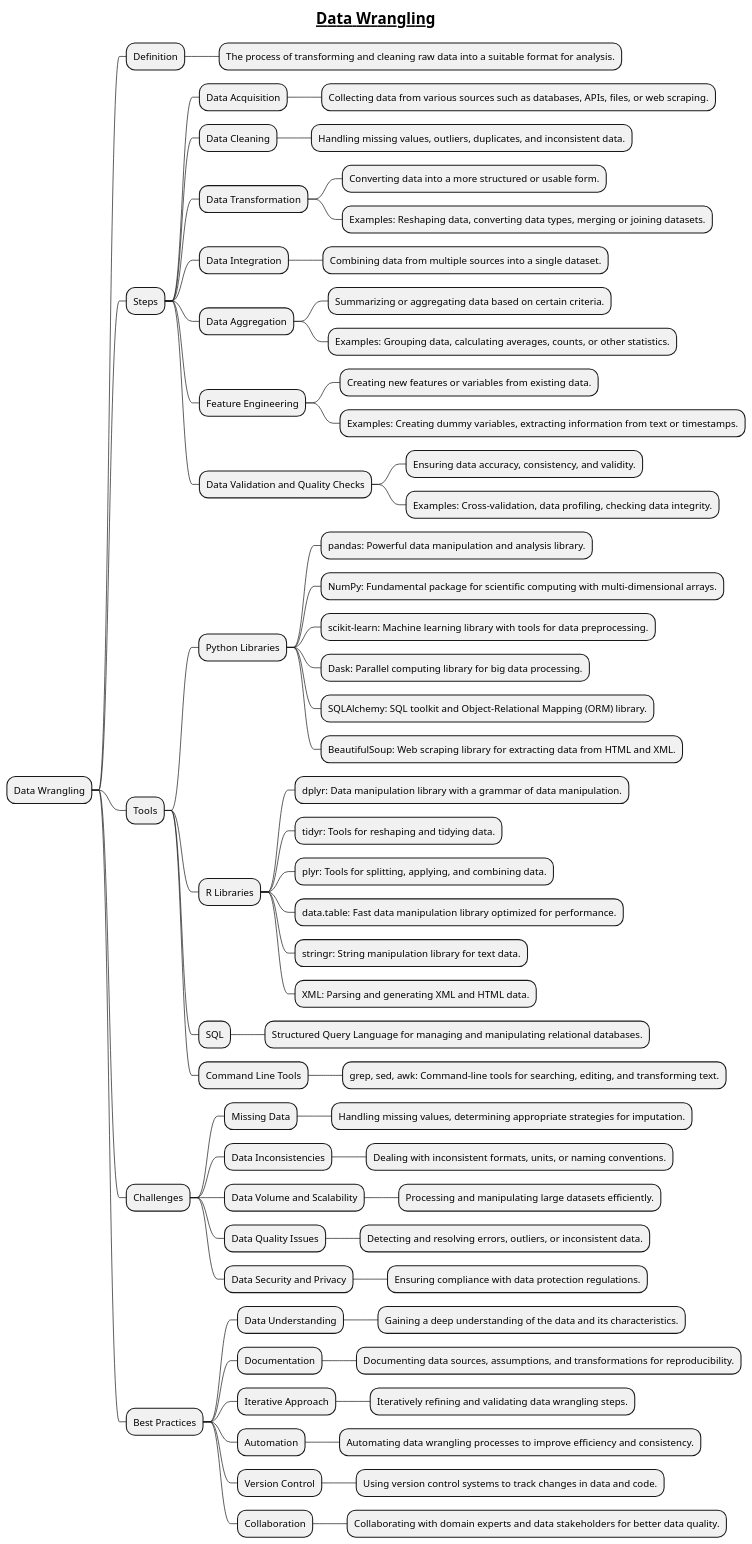
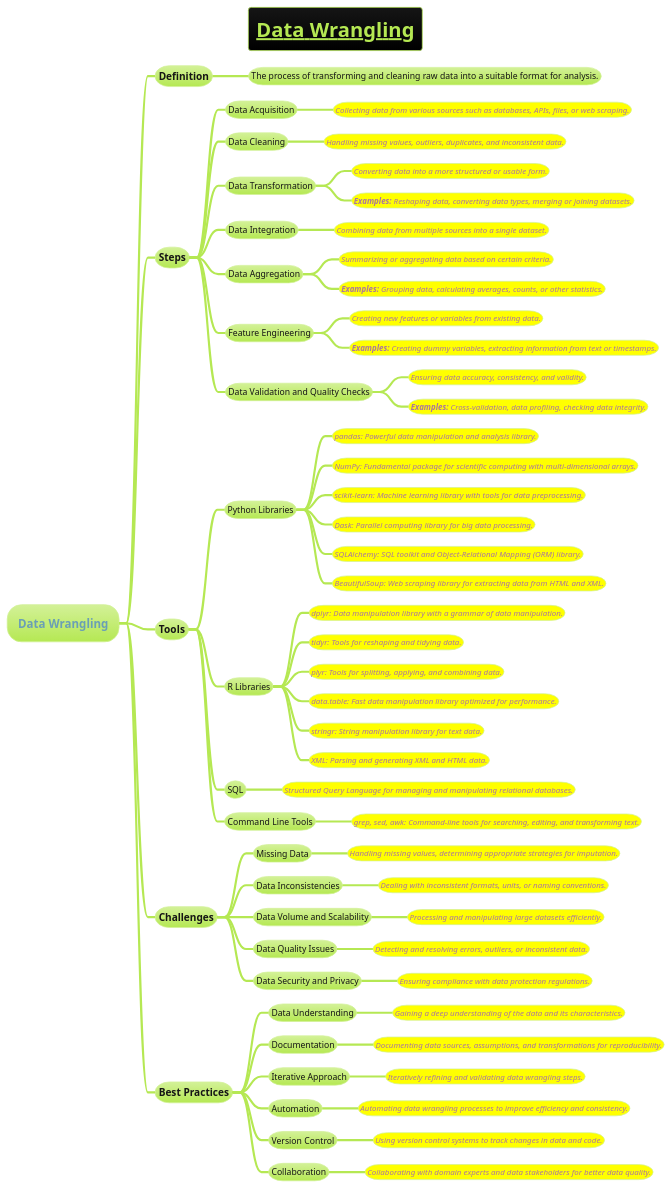
One commit to MehmoodHashmi/Documentation-as-Code-DaC changed the diagram in docs/AI-ML- DL-Data-Science-and-BigData/data-science/Data-Wrangling.puml. Above: the diagram before and after it, drawn with PlantUML. The commit also changed 10 other files, not shown here.

```diff
--- a/docs/AI-ML- DL-Data-Science-and-BigData/data-science/Data-Wrangling.puml
+++ b/docs/AI-ML- DL-Data-Science-and-BigData/data-science/Data-Wrangling.puml
@@ -1,97 +1,98 @@
 @startmindmap
 title =__Data Wrangling__
+!theme hacker
 
 * Data Wrangling
 
 ** Definition
 *** The process of transforming and cleaning raw data into a suitable format for analysis.
 
 ** Steps
 
 *** Data Acquisition
-**** Collecting data from various sources such as databases, APIs, files, or web scraping.
+****[#yellow] ====Collecting data from various sources such as databases, APIs, files, or web scraping.
 
 *** Data Cleaning
-**** Handling missing values, outliers, duplicates, and inconsistent data.
+****[#yellow] ====Handling missing values, outliers, duplicates, and inconsistent data.
 
 *** Data Transformation
-**** Converting data into a more structured or usable form.
-**** Examples: Reshaping data, converting data types, merging or joining datasets.
+****[#yellow] ====Converting data into a more structured or usable form.
+****[#yellow] ====**Examples:** Reshaping data, converting data types, merging or joining datasets.
 
 *** Data Integration
-**** Combining data from multiple sources into a single dataset.
+****[#yellow] ====Combining data from multiple sources into a single dataset.
 
 *** Data Aggregation
-**** Summarizing or aggregating data based on certain criteria.
-**** Examples: Grouping data, calculating averages, counts, or other statistics.
+****[#yellow] ====Summarizing or aggregating data based on certain criteria.
+****[#yellow] ====**Examples:** Grouping data, calculating averages, counts, or other statistics.
 
 *** Feature Engineering
-**** Creating new features or variables from existing data.
-**** Examples: Creating dummy variables, extracting information from text or timestamps.
+****[#yellow] ====Creating new features or variables from existing data.
+****[#yellow] ====**Examples:** Creating dummy variables, extracting information from text or timestamps.
 
 *** Data Validation and Quality Checks
-**** Ensuring data accuracy, consistency, and validity.
-**** Examples: Cross-validation, data profiling, checking data integrity.
+****[#yellow] ====Ensuring data accuracy, consistency, and validity.
+****[#yellow] ====**Examples:** Cross-validation, data profiling, checking data integrity.
 
 ** Tools
 
 *** Python Libraries
-**** pandas: Powerful data manipulation and analysis library.
-**** NumPy: Fundamental package for scientific computing with multi-dimensional arrays.
-**** scikit-learn: Machine learning library with tools for data preprocessing.
-**** Dask: Parallel computing library for big data processing.
-**** SQLAlchemy: SQL toolkit and Object-Relational Mapping (ORM) library.
-**** BeautifulSoup: Web scraping library for extracting data from HTML and XML.
+****[#yellow] ====pandas: Powerful data manipulation and analysis library.
+****[#yellow] ====NumPy: Fundamental package for scientific computing with multi-dimensional arrays.
+****[#yellow] ====scikit-learn: Machine learning library with tools for data preprocessing.
+****[#yellow] ====Dask: Parallel computing library for big data processing.
+****[#yellow] ====SQLAlchemy: SQL toolkit and Object-Relational Mapping (ORM) library.
+****[#yellow] ====BeautifulSoup: Web scraping library for extracting data from HTML and XML.
 
 *** R Libraries
-**** dplyr: Data manipulation library with a grammar of data manipulation.
-**** tidyr: Tools for reshaping and tidying data.
-**** plyr: Tools for splitting, applying, and combining data.
-**** data.table: Fast data manipulation library optimized for performance.
-**** stringr: String manipulation library for text data.
-**** XML: Parsing and generating XML and HTML data.
+****[#yellow] ====dplyr: Data manipulation library with a grammar of data manipulation.
+****[#yellow] ====tidyr: Tools for reshaping and tidying data.
+****[#yellow] ====plyr: Tools for splitting, applying, and combining data.
+****[#yellow] ====data.table: Fast data manipulation library optimized for performance.
+****[#yellow] ====stringr: String manipulation library for text data.
+****[#yellow] ====XML: Parsing and generating XML and HTML data.
 
 *** SQL
-**** Structured Query Language for managing and manipulating relational databases.
+****[#yellow] ====Structured Query Language for managing and manipulating relational databases.
 
 *** Command Line Tools
-**** grep, sed, awk: Command-line tools for searching, editing, and transforming text.
+****[#yellow] ====grep, sed, awk: Command-line tools for searching, editing, and transforming text.
 
 ** Challenges
 
 *** Missing Data
-**** Handling missing values, determining appropriate strategies for imputation.
+****[#yellow] ====Handling missing values, determining appropriate strategies for imputation.
 
 *** Data Inconsistencies
-**** Dealing with inconsistent formats, units, or naming conventions.
+****[#yellow] ====Dealing with inconsistent formats, units, or naming conventions.
 
 *** Data Volume and Scalability
-**** Processing and manipulating large datasets efficiently.
+****[#yellow] ====Processing and manipulating large datasets efficiently.
 
 *** Data Quality Issues
-**** Detecting and resolving errors, outliers, or inconsistent data.
+****[#yellow] ====Detecting and resolving errors, outliers, or inconsistent data.
 
 *** Data Security and Privacy
-**** Ensuring compliance with data protection regulations.
+****[#yellow] ====Ensuring compliance with data protection regulations.
 
 ** Best Practices
 
 *** Data Understanding
-**** Gaining a deep understanding of the data and its characteristics.
+****[#yellow] ====Gaining a deep understanding of the data and its characteristics.
 
 *** Documentation
-**** Documenting data sources, assumptions, and transformations for reproducibility.
+****[#yellow] ====Documenting data sources, assumptions, and transformations for reproducibility.
 
 *** Iterative Approach
-**** Iteratively refining and validating data wrangling steps.
+****[#yellow] ====Iteratively refining and validating data wrangling steps.
 
 *** Automation
-**** Automating data wrangling processes to improve efficiency and consistency.
+****[#yellow] ====Automating data wrangling processes to improve efficiency and consistency.
 
 *** Version Control
-**** Using version control systems to track changes in data and code.
+****[#yellow] ====Using version control systems to track changes in data and code.
 
 *** Collaboration
-**** Collaborating with domain experts and data stakeholders for better data quality.
+****[#yellow] ====Collaborating with domain experts and data stakeholders for better data quality.
 
 @endmindmap
```
